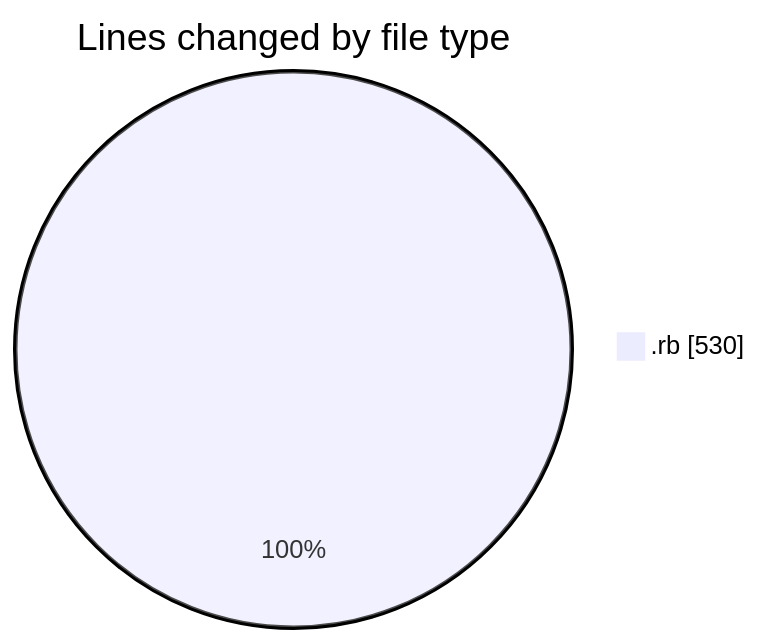
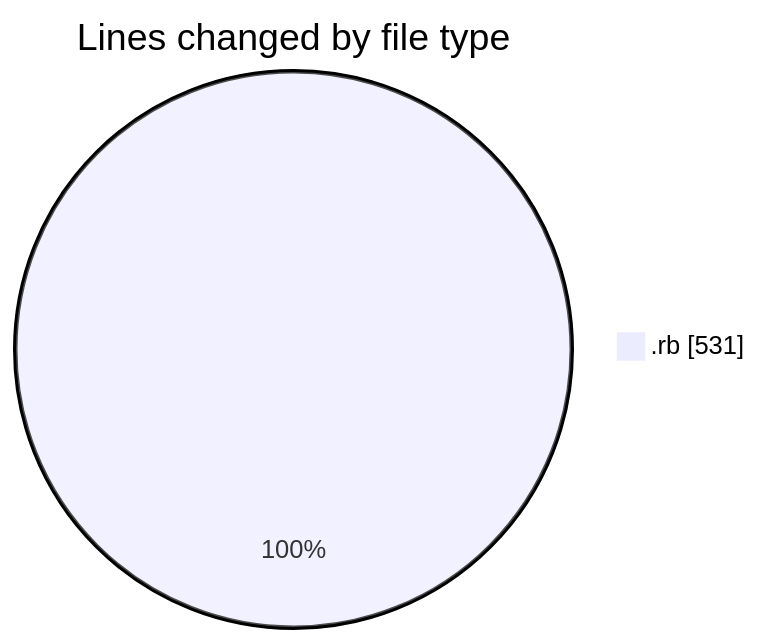
One commit to seballot/code-tracking changed the first of 2 diagrams in 2025-06-18/app__container_registration-app__calm-app__/README.md. Above: the diagram before and after it, drawn with Mermaid. The commit also changed other lines of this file and 1 other file, not shown here.

````diff
--- a/2025-06-18/app__container_registration-app__calm-app__/README.md
+++ b/2025-06-18/app__container_registration-app__calm-app__/README.md
@@ -20,5 +20,5 @@
 ```mermaid
 pie showData
 title Lines changed by file type
-".rb" : 530
+".rb" : 531
 ```
````
